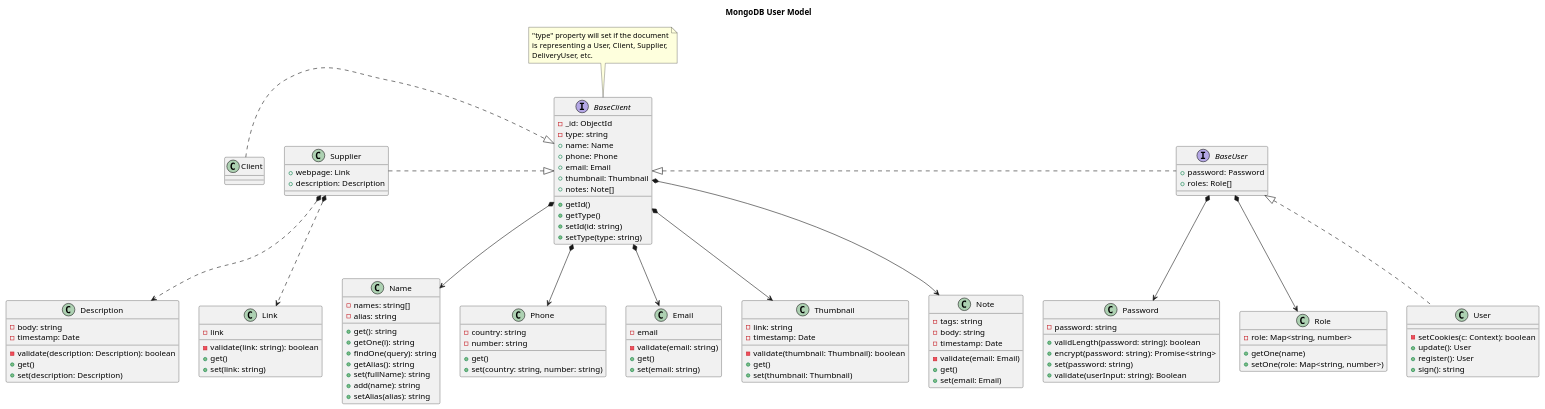
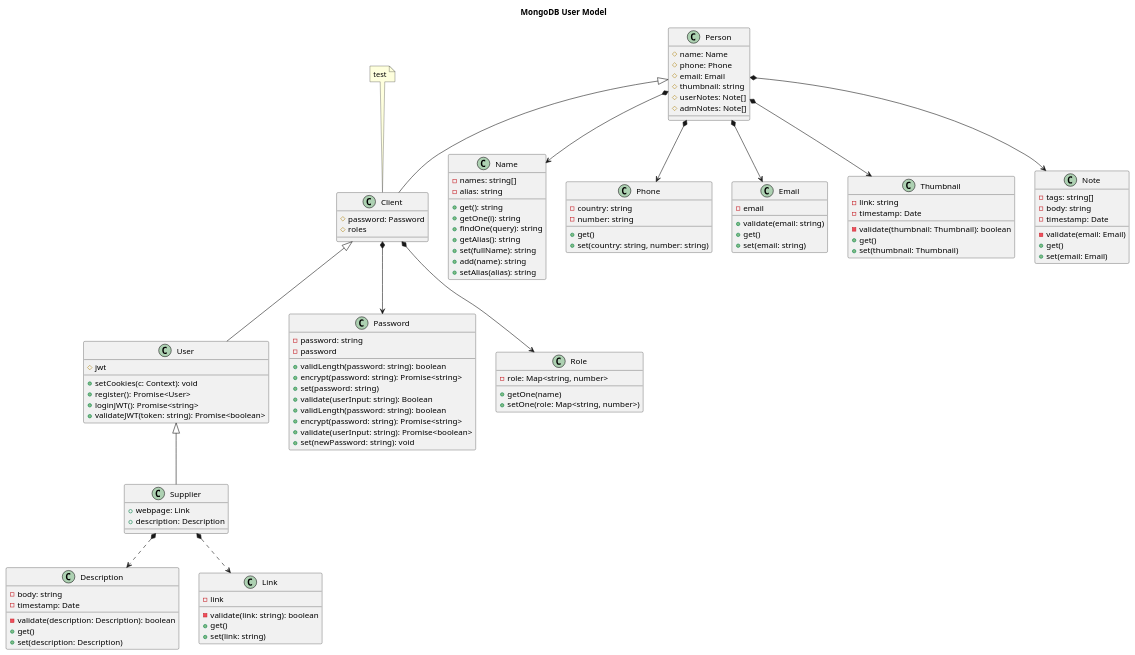
One commit to Chiqui1234ok/lions-app changed the diagram in back/uml/User.puml. Above: the diagram before and after it, drawn with PlantUML.

Commit message:
models updated!

```diff
--- a/back/uml/User.puml
+++ b/back/uml/User.puml
@@ -1,143 +1,139 @@
-@startuml
+@startuml User
 
 title MongoDB User Model
 
-interface BaseClient {
-    - _id: ObjectId
-    - type: string
-    + name: Name
-    + phone: Phone
-    + email: Email
-    + thumbnail: Thumbnail
-    + notes: Note[]
-    + getId()
-    + getType()
-    + setId(id: string)
-    + setType(type: string)
+class Person {
+    # name: Name
+    # phone: Phone
+    # email: Email
+    # thumbnail: string
+    # userNotes: Note[]
+    # admNotes: Note[]
 }
 
-' interface BaseUser extends BaseClient
-interface BaseUser {
-    + password: Password
-    + roles: Role[]
+class Client {
+    # password: Password
+    # roles
 }
 
-' class Client implements BaseClient
-class Client {
-
+' class User implements Client
+class User {
+    # jwt
+    + setCookies(c: Context): void
+    + register(): Promise<User>
+    + loginJWT(): Promise<string>
+    + validateJWT(token: string): Promise<boolean>
 }
 
-' class User implements BaseUser
-class User {
-    - setCookies(c: Context): boolean
-    + update(): User
-    + register(): User
-    + sign(): string
-}
-
-' class Supplier implements BaseClient
+' class Supplier implements Client
 class Supplier {
     + webpage: Link
     + description: Description
 }
 
 ' :: TINY OBJECTS ::
 
 class Password {
     - password: string
     + validLength(password: string): boolean
     + encrypt(password: string): Promise<string>
     + set(password: string)
     + validate(userInput: string): Boolean
 }
 
 class Role {
     - role: Map<string, number>
     + getOne(name)
     + setOne(role: Map<string, number>)
 }
 
 class Name {
     - names: string[]
     - alias: string
     + get(): string
     + getOne(i): string
     + findOne(query): string
     + getAlias(): string
     + set(fullName): string
     + add(name): string
     + setAlias(alias): string
 }
 
 class Phone {
     - country: string
     - number: string
     + get()
     + set(country: string, number: string)
 }
 
 class Email {
     - email
-    - validate(email: string)
+    + validate(email: string)
     + get()
     + set(email: string)
+}
+
+class Password {
+    - password
+    + validLength(password: string): boolean
+    + encrypt(password: string): Promise<string>
+    + validate(userInput: string): Promise<boolean>
+    + set(newPassword: string): void
 }
 
 class Description {
     - body: string
     - timestamp: Date
     - validate(description: Description): boolean
     + get()
     + set(description: Description)
 }
 
 class Thumbnail {
     - link: string
     - timestamp: Date
     - validate(thumbnail: Thumbnail): boolean
     + get()
     + set(thumbnail: Thumbnail)
 }
 
 class Note {
-    - tags: string
+    - tags: string[]
     - body: string
     - timestamp: Date
     - validate(email: Email)
     + get()
     + set(email: Email)
 }
 
 class Link {
     - link
     - validate(link: string): boolean
     + get()
     + set(link: string)
 }
 
-' Inherit (interfaces). For classes,
-' remember: ClasePadre <|-- ClaseHija
-BaseClient <|.r. BaseUser
-BaseUser <|.. User
-BaseClient <|.l. Supplier
-BaseClient <|.l. Client
+' Inherit (interfaces). Person <|.r. Client
+' For classes, remember:
+' ClasePadre <|-- ClaseHija
+Client <|-- User
+Person <|-- Client
+User <|-- Supplier
 
 ' Composition
-BaseClient *--> Name
-BaseClient *--> Phone
-BaseClient *--> Email
-BaseClient *--> Thumbnail
-BaseClient *--> Note
+Person *--> Name
+Person *--> Phone
+Person *--> Email
+Person *--> Thumbnail
+Person *--> Note
+Client *--> Password
+Client *--> Role
 Supplier *..> Link
 Supplier *..> Description
-BaseUser *--> Password
-BaseUser *--> Role
 
 ' Notes
-note top of BaseClient
-"type" property will set if the document
-is representing a User, Client, Supplier,
-DeliveryUser, etc.
+note top of Client
+test
 endnote
 
 @enduml
```
